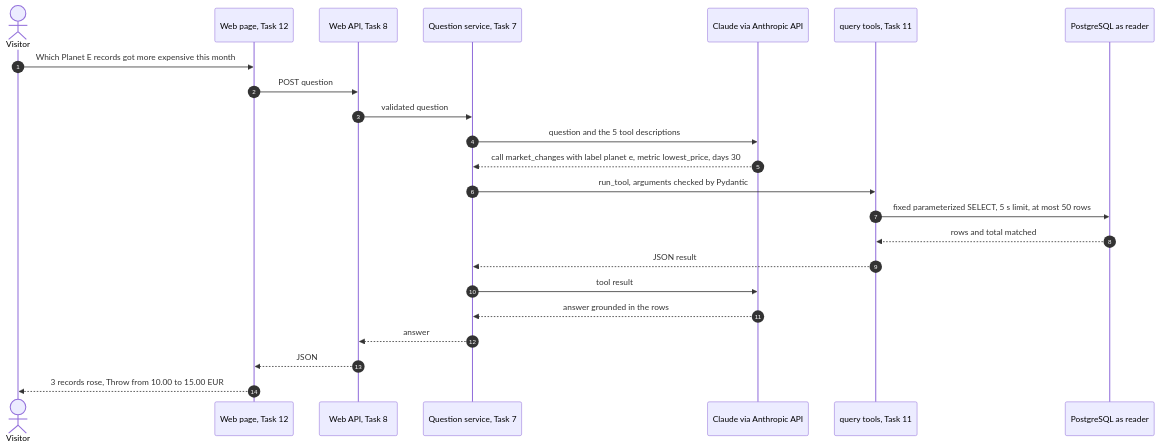
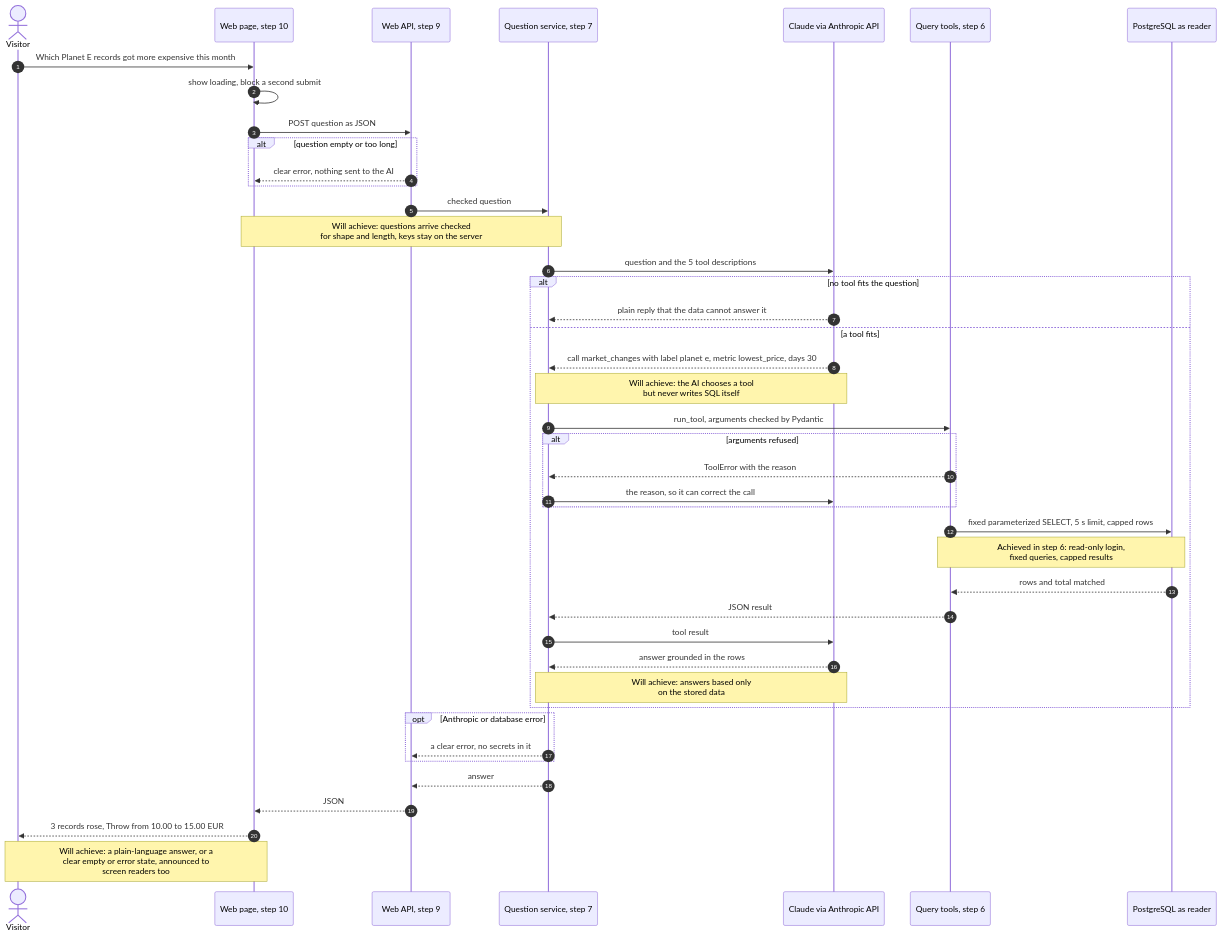
One commit to AntonisKol/music-catalogue-market-trends-wip changed the fourth of 4 diagrams in docs/architecture.md. Above: the diagram before and after it, drawn with Mermaid. The commit also changed other lines of this file and 1 other file, not shown here.

First line of the commit message:
Describe every step from the schema to the web page in the architecture diagrams

````diff
--- a/docs/architecture.md
+++ b/docs/architecture.md
@@ -201,26 +229,46 @@
 ```mermaid
 sequenceDiagram
     autonumber
     actor V as Visitor
-    participant UI as Web page, Task 12
-    participant API as Web API, Task 8
-    participant QS as Question service, Task 7
+    participant UI as Web page, step 10
+    participant API as Web API, step 9
+    participant QS as Question service, step 7
     participant AI as Claude via Anthropic API
-    participant T as query tools, Task 11
+    participant T as Query tools, step 6
     participant Pg as PostgreSQL as reader
 
     V->>UI: Which Planet E records got more expensive this month
-    UI->>API: POST question
-    API->>QS: validated question
+    UI->>UI: show loading, block a second submit
+    UI->>API: POST question as JSON
+    alt question empty or too long
+        API-->>UI: clear error, nothing sent to the AI
+    end
+    API->>QS: checked question
+    Note over UI,QS: Will achieve: questions arrive checked<br/>for shape and length, keys stay on the server
     QS->>AI: question and the 5 tool descriptions
-    AI-->>QS: call market_changes with label planet e, metric lowest_price, days 30
-    QS->>T: run_tool, arguments checked by Pydantic
-    T->>Pg: fixed parameterized SELECT, 5 s limit, at most 50 rows
-    Pg-->>T: rows and total matched
-    T-->>QS: JSON result
-    QS->>AI: tool result
-    AI-->>QS: answer grounded in the rows
+    alt no tool fits the question
+        AI-->>QS: plain reply that the data cannot answer it
+    else a tool fits
+        AI-->>QS: call market_changes with label planet e, metric lowest_price, days 30
+        Note over QS,AI: Will achieve: the AI chooses a tool<br/>but never writes SQL itself
+        QS->>T: run_tool, arguments checked by Pydantic
+        alt arguments refused
+            T-->>QS: ToolError with the reason
+            QS->>AI: the reason, so it can correct the call
+        end
+        T->>Pg: fixed parameterized SELECT, 5 s limit, capped rows
+        Note over T,Pg: Achieved in step 6: read-only login,<br/>fixed queries, capped results
+        Pg-->>T: rows and total matched
+        T-->>QS: JSON result
+        QS->>AI: tool result
+        AI-->>QS: answer grounded in the rows
+        Note over QS,AI: Will achieve: answers based only<br/>on the stored data
+    end
+    opt Anthropic or database error
+        QS-->>API: a clear error, no secrets in it
+    end
     QS-->>API: answer
     API-->>UI: JSON
     UI-->>V: 3 records rose, Throw from 10.00 to 15.00 EUR
+    Note over V,UI: Will achieve: a plain-language answer, or a<br/>clear empty or error state, announced to<br/>screen readers too
 ```
````
